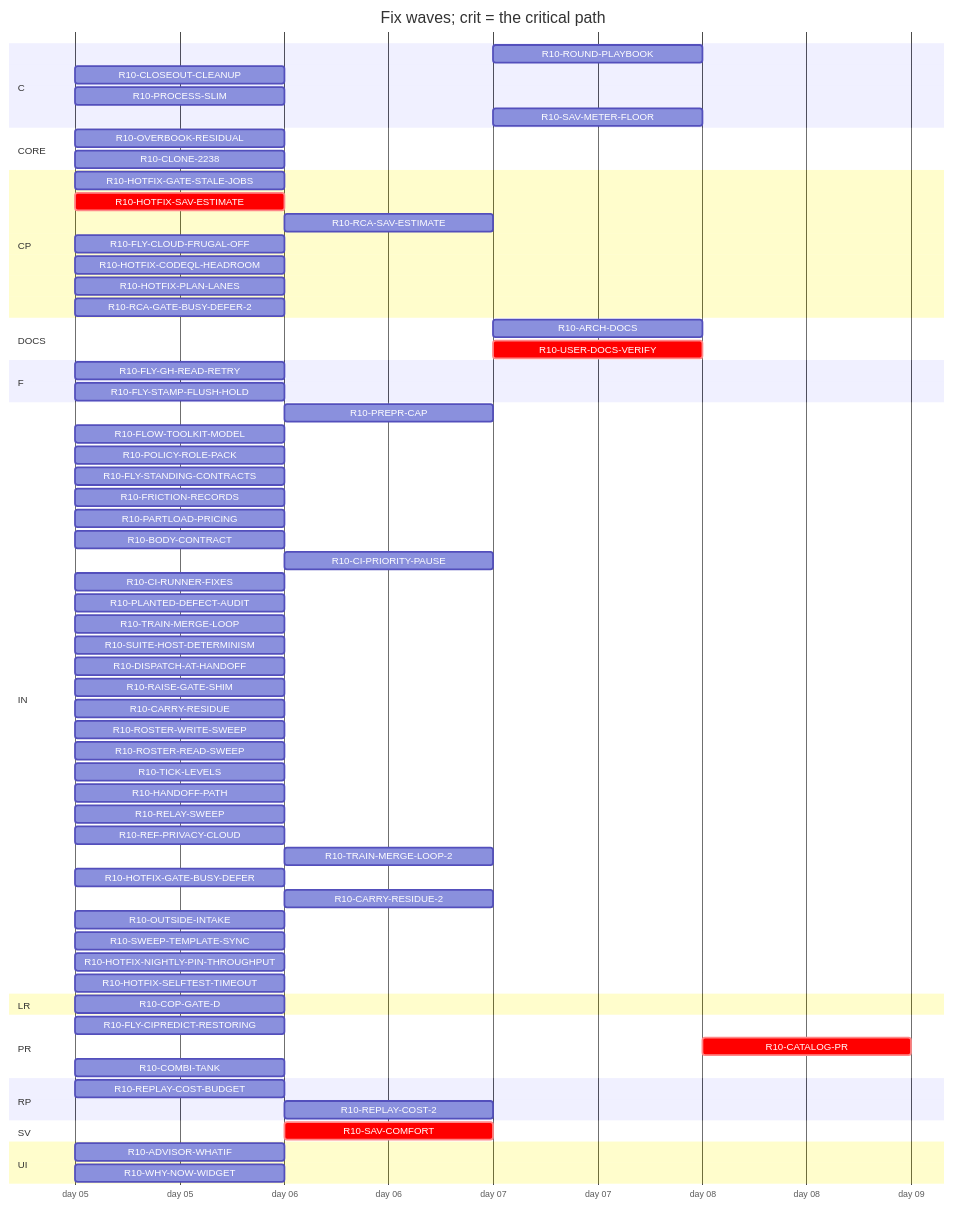
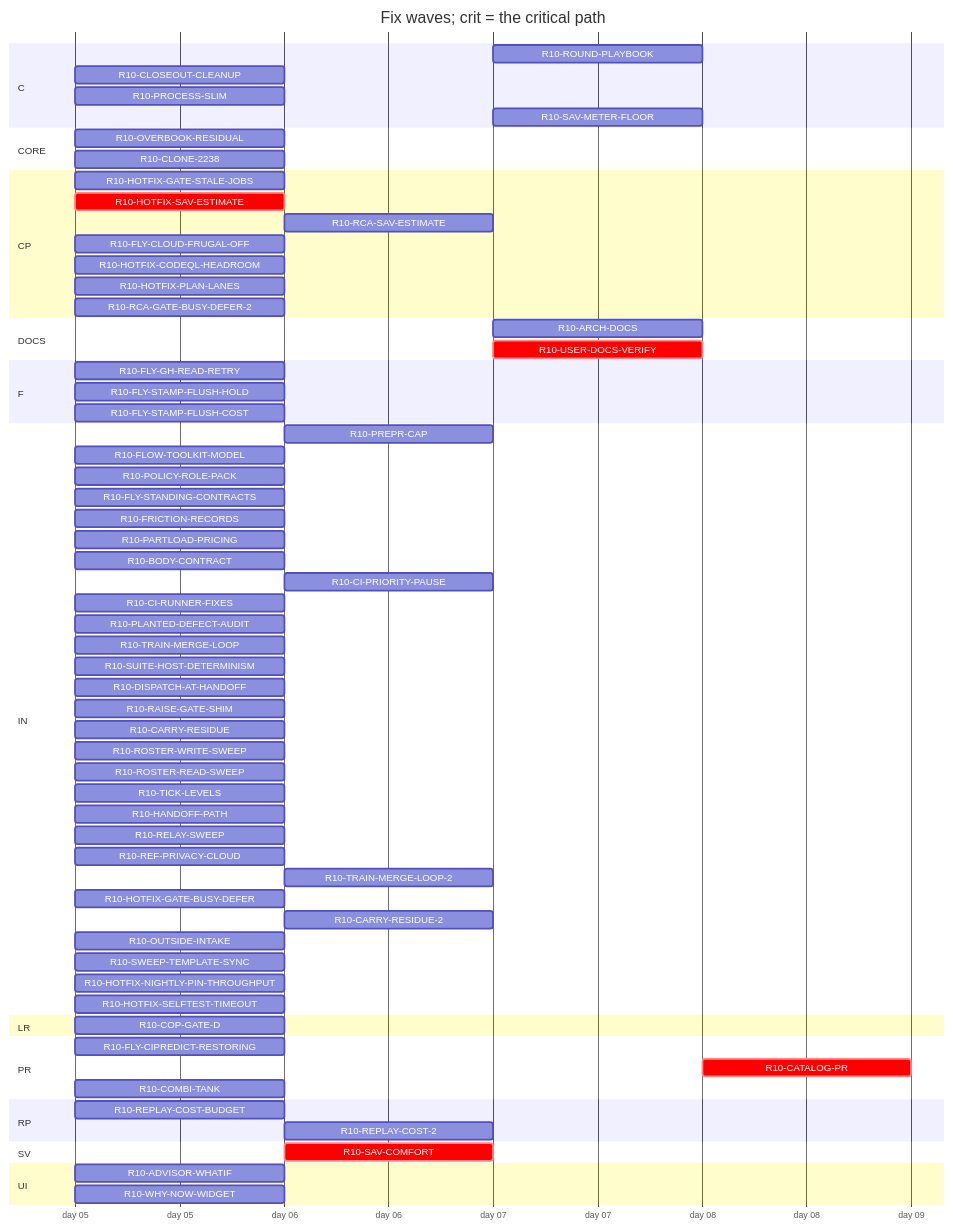
The diagram in handoff/round10/state/PLAN-TABLE.md (tvofi/heatpump_optimizer), drawn with Mermaid before and after one commit. The commit also changed other lines of this file and 3 other files, not shown here.

Commit message:
state: FLOW-BOARD.md, NEXT-SESSION-PROMPT.md, PLAN-TABLE.md, RESUME-CURRENT.md regenerated (state_docs.py)

````diff
--- a/handoff/round10/state/PLAN-TABLE.md
+++ b/handoff/round10/state/PLAN-TABLE.md
@@ -24,71 +24,72 @@
 ```mermaid
 gantt
   title Fix waves; crit = the critical path
   dateFormat YYYY-MM-DD
   axisFormat day %d
   section C
     R10-ROUND-PLAYBOOK :r10ROUNDPLAYBOOK, after r10PREPRCAP r10HANDOFFPATH r10RELAYSWEEP r10TRAINMERGELOOP r10DISPATCHATHANDOFF r10BODYCONTRACT r10TICKLEVELS r10CIPRIORITYPAUSE r10ROSTERWRITESWEEP r10ROSTERREADSWEEP r10FLYSTANDINGCONTRACTS r10POLICYROLEPACK r10FRICTIONRECORDS r10FLOWTOOLKITMODEL r10CIRUNNERFIXES r10FLYCIPREDICTRESTORING r10RAISEGATESHIM r10PLANTEDDEFECTAUDIT r10FLYGHREADRETRY r10SUITEHOSTDETERMINISM, 1d
     R10-CLOSEOUT-CLEANUP :r10CLOSEOUTCLEANUP, 2026-01-05, 1d
     R10-PROCESS-SLIM :r10PROCESSSLIM, 2026-01-05, 1d
     R10-SAV-METER-FLOOR :r10SAVMETERFLOOR, after r10HOTFIXSAVESTIMATE r10SAVCOMFORT, 1d
   section CORE
     R10-OVERBOOK-RESIDUAL :r10OVERBOOKRESIDUAL, 2026-01-05, 1d
     R10-CLONE-2238 :r10CLONE2238, 2026-01-05, 1d
   section CP
     R10-HOTFIX-GATE-STALE-JOBS :r10HOTFIXGATESTALEJOBS, 2026-01-05, 1d
     R10-HOTFIX-SAV-ESTIMATE :crit, r10HOTFIXSAVESTIMATE, 2026-01-05, 1d
     R10-RCA-SAV-ESTIMATE :r10RCASAVESTIMATE, after r10HOTFIXSAVESTIMATE, 1d
     R10-FLY-CLOUD-FRUGAL-OFF :r10FLYCLOUDFRUGALOFF, 2026-01-05, 1d
     R10-HOTFIX-CODEQL-HEADROOM :r10HOTFIXCODEQLHEADROOM, 2026-01-05, 1d
     R10-HOTFIX-PLAN-LANES :r10HOTFIXPLANLANES, 2026-01-05, 1d
     R10-RCA-GATE-BUSY-DEFER-2 :r10RCAGATEBUSYDEFER2, 2026-01-05, 1d
   section DOCS
     R10-ARCH-DOCS :r10ARCHDOCS, after r10CARRYRESIDUE r10OVERBOOKRESIDUAL r10CLONE2238 r10SAVCOMFORT r10COPGATED r10WHYNOWWIDGET r10PARTLOADPRICING r10ADVISORWHATIF r10REPLAYCOSTBUDGET r10PREPRCAP r10HANDOFFPATH r10RELAYSWEEP r10TRAINMERGELOOP r10DISPATCHATHANDOFF r10BODYCONTRACT r10TICKLEVELS r10CIPRIORITYPAUSE r10ROSTERWRITESWEEP r10ROSTERREADSWEEP r10FLYSTANDINGCONTRACTS r10POLICYROLEPACK r10FRICTIONRECORDS r10FLOWTOOLKITMODEL r10CIRUNNERFIXES r10FLYCIPREDICTRESTORING r10RAISEGATESHIM r10PLANTEDDEFECTAUDIT r10FLYGHREADRETRY r10SUITEHOSTDETERMINISM, 1d
     R10-USER-DOCS-VERIFY :crit, r10USERDOCSVERIFY, after r10CARRYRESIDUE r10OVERBOOKRESIDUAL r10CLONE2238 r10SAVCOMFORT r10COPGATED r10WHYNOWWIDGET r10PARTLOADPRICING r10ADVISORWHATIF r10REPLAYCOSTBUDGET, 1d
   section F
     R10-FLY-GH-READ-RETRY :r10FLYGHREADRETRY, 2026-01-05, 1d
     R10-FLY-STAMP-FLUSH-HOLD :r10FLYSTAMPFLUSHHOLD, 2026-01-05, 1d
+    R10-FLY-STAMP-FLUSH-COST :r10FLYSTAMPFLUSHCOST, 2026-01-05, 1d
   section IN
     R10-PREPR-CAP :r10PREPRCAP, after r10PROCESSSLIM, 1d
     R10-FLOW-TOOLKIT-MODEL :r10FLOWTOOLKITMODEL, 2026-01-05, 1d
     R10-POLICY-ROLE-PACK :r10POLICYROLEPACK, 2026-01-05, 1d
     R10-FLY-STANDING-CONTRACTS :r10FLYSTANDINGCONTRACTS, 2026-01-05, 1d
     R10-FRICTION-RECORDS :r10FRICTIONRECORDS, 2026-01-05, 1d
     R10-PARTLOAD-PRICING :r10PARTLOADPRICING, 2026-01-05, 1d
     R10-BODY-CONTRACT :r10BODYCONTRACT, 2026-01-05, 1d
     R10-CI-PRIORITY-PAUSE :r10CIPRIORITYPAUSE, after r10TICKLEVELS, 1d
     R10-CI-RUNNER-FIXES :r10CIRUNNERFIXES, 2026-01-05, 1d
     R10-PLANTED-DEFECT-AUDIT :r10PLANTEDDEFECTAUDIT, 2026-01-05, 1d
     R10-TRAIN-MERGE-LOOP :r10TRAINMERGELOOP, 2026-01-05, 1d
     R10-SUITE-HOST-DETERMINISM :r10SUITEHOSTDETERMINISM, 2026-01-05, 1d
     R10-DISPATCH-AT-HANDOFF :r10DISPATCHATHANDOFF, 2026-01-05, 1d
     R10-RAISE-GATE-SHIM :r10RAISEGATESHIM, 2026-01-05, 1d
     R10-CARRY-RESIDUE :r10CARRYRESIDUE, 2026-01-05, 1d
     R10-ROSTER-WRITE-SWEEP :r10ROSTERWRITESWEEP, 2026-01-05, 1d
     R10-ROSTER-READ-SWEEP :r10ROSTERREADSWEEP, 2026-01-05, 1d
     R10-TICK-LEVELS :r10TICKLEVELS, 2026-01-05, 1d
     R10-HANDOFF-PATH :r10HANDOFFPATH, 2026-01-05, 1d
     R10-RELAY-SWEEP :r10RELAYSWEEP, 2026-01-05, 1d
     R10-REF-PRIVACY-CLOUD :r10REFPRIVACYCLOUD, 2026-01-05, 1d
     R10-TRAIN-MERGE-LOOP-2 :r10TRAINMERGELOOP2, after r10TRAINMERGELOOP, 1d
     R10-HOTFIX-GATE-BUSY-DEFER :r10HOTFIXGATEBUSYDEFER, 2026-01-05, 1d
     R10-CARRY-RESIDUE-2 :r10CARRYRESIDUE2, after r10CARRYRESIDUE, 1d
     R10-OUTSIDE-INTAKE :r10OUTSIDEINTAKE, 2026-01-05, 1d
     R10-SWEEP-TEMPLATE-SYNC :r10SWEEPTEMPLATESYNC, 2026-01-05, 1d
     R10-HOTFIX-NIGHTLY-PIN-THROUGHPUT :r10HOTFIXNIGHTLYPINTHROUGHPUT, 2026-01-05, 1d
     R10-HOTFIX-SELFTEST-TIMEOUT :r10HOTFIXSELFTESTTIMEOUT, 2026-01-05, 1d
   section LR
     R10-COP-GATE-D :r10COPGATED, 2026-01-05, 1d
   section PR
     R10-FLY-CIPREDICT-RESTORING :r10FLYCIPREDICTRESTORING, 2026-01-05, 1d
     R10-CATALOG-PR :crit, r10CATALOGPR, after r10USERDOCSVERIFY r10ARCHDOCS r10ROUNDPLAYBOOK r10CLOSEOUTCLEANUP, 1d
     R10-COMBI-TANK :r10COMBITANK, 2026-01-05, 1d
   section RP
     R10-REPLAY-COST-BUDGET :r10REPLAYCOSTBUDGET, 2026-01-05, 1d
     R10-REPLAY-COST-2 :r10REPLAYCOST2, after r10REPLAYCOSTBUDGET, 1d
   section SV
     R10-SAV-COMFORT :crit, r10SAVCOMFORT, after r10HOTFIXSAVESTIMATE, 1d
   section UI
     R10-ADVISOR-WHATIF :r10ADVISORWHATIF, 2026-01-05, 1d
     R10-WHY-NOW-WIDGET :r10WHYNOWWIDGET, 2026-01-05, 1d
 ```
````
